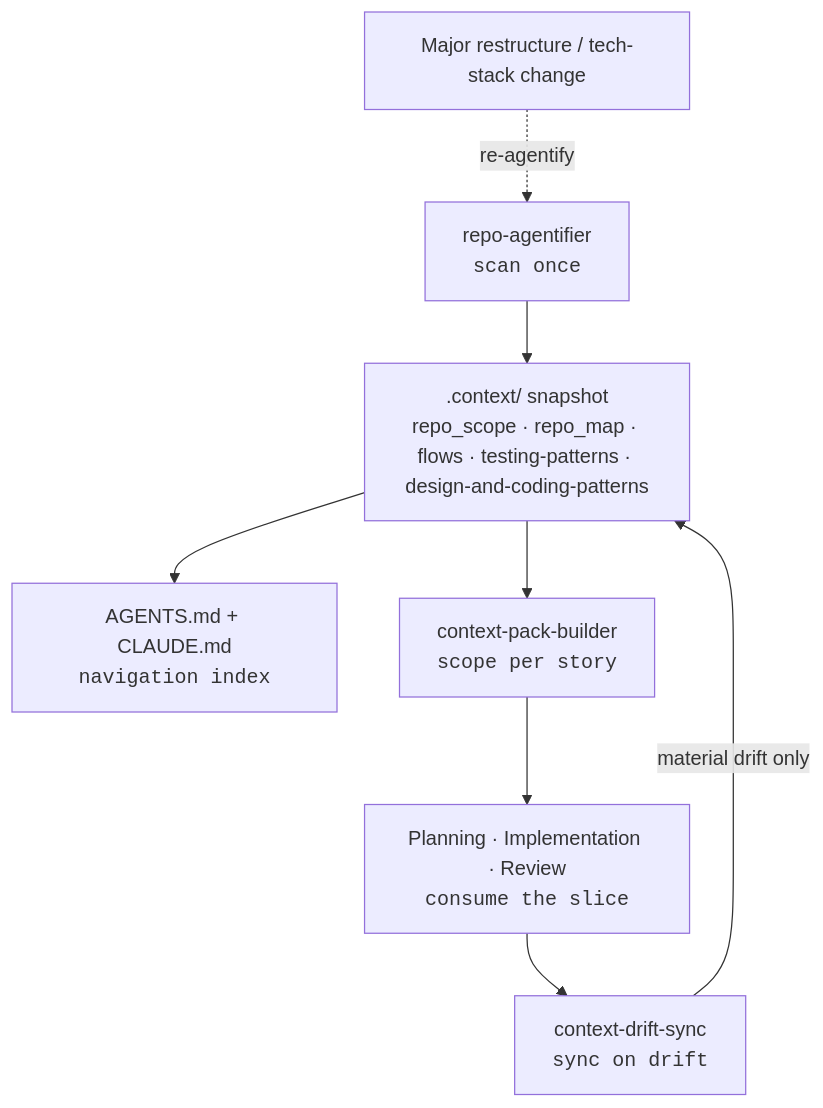
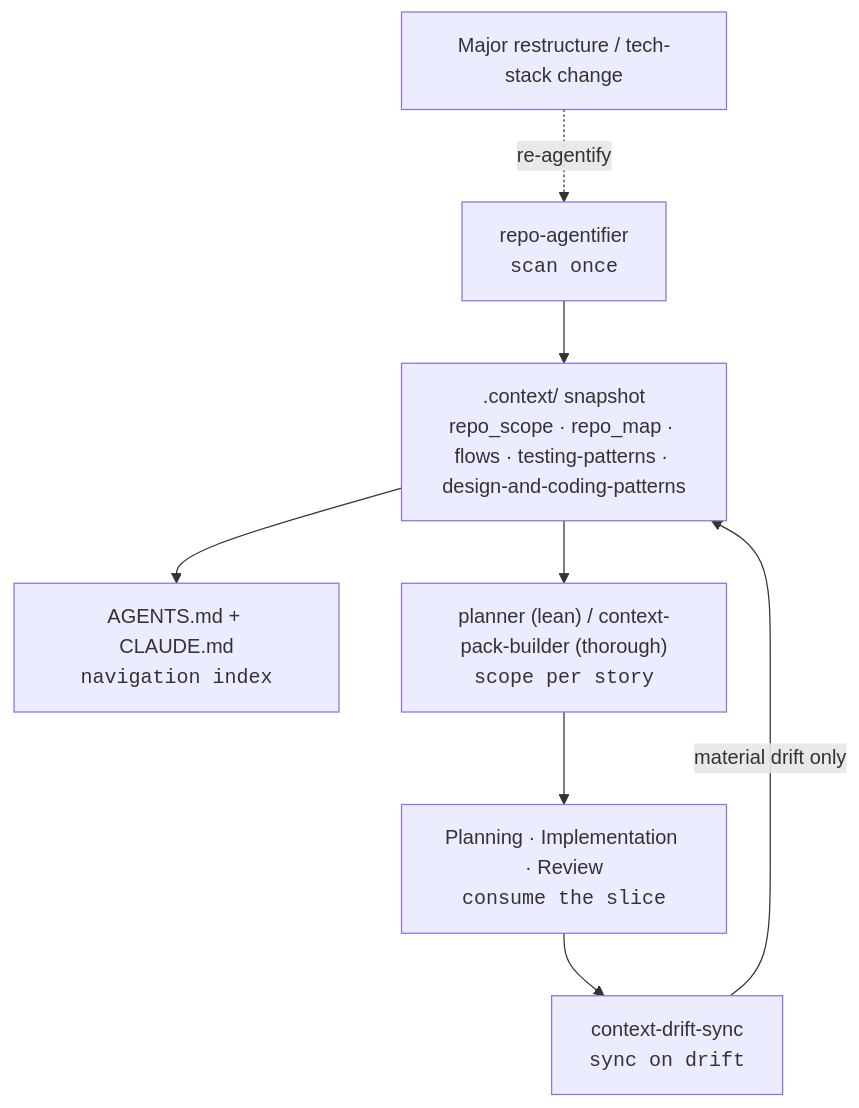
One commit to piyushbhargava1412/arcus-plugin changed the diagram in site/concepts/context-engineering.md. Above: the diagram before and after it, drawn with Mermaid. The commit also changed other lines of this file and 37 other files, not shown here.

````diff
--- a/site/concepts/context-engineering.md
+++ b/site/concepts/context-engineering.md
@@ -57,10 +58,10 @@
 ```mermaid
 flowchart TD
   A["repo-agentifier<br/><code>scan once</code>"] --> B[".context/ snapshot<br/>repo_scope · repo_map · flows · testing-patterns · design-and-coding-patterns"]
   B --> C["AGENTS.md + CLAUDE.md<br/><code>navigation index</code>"]
-  B --> D["context-pack-builder<br/><code>scope per story</code>"]
+  B --> D["planner (lean) / context-pack-builder (thorough)<br/><code>scope per story</code>"]
   D --> E["Planning · Implementation · Review<br/><code>consume the slice</code>"]
   E --> F["context-drift-sync<br/><code>sync on drift</code>"]
   F -->|"material drift only"| B
   G["Major restructure / tech-stack change"] -.->|"re-agentify"| A
 ```
````
